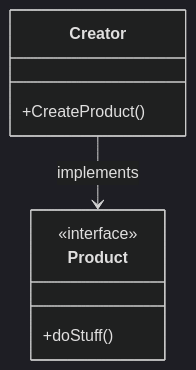
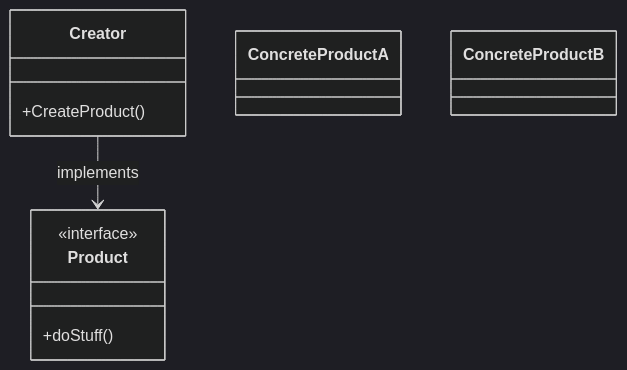
The diagram in readme.md (nahuelDev23/mermaid), drawn with Mermaid (dark theme) before and after one commit.

````diff
--- a/readme.md
+++ b/readme.md
@@ -1,16 +1,19 @@
 ```mermaid
 classDiagram
  
  class Creator{
  +CreateProduct()
  }
  
   class Product{
   +doStuff()
  }
+ <<interface>> Product
  
  Creator --> Product : implements
  
+ class ConcreteProductA {}
+ class ConcreteProductB {}
 
- <<interface>> Product
+ 
 ```
````
